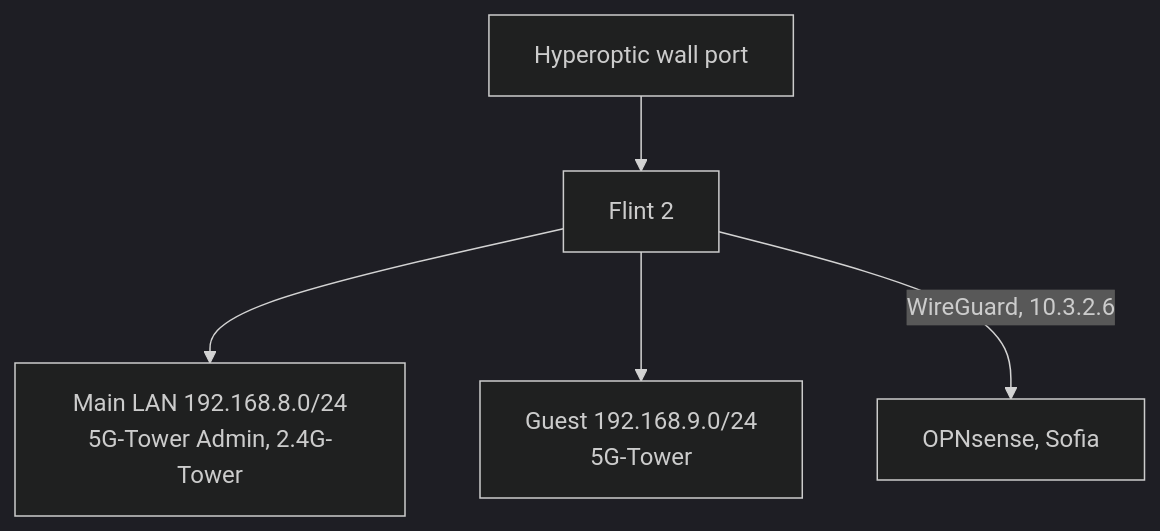
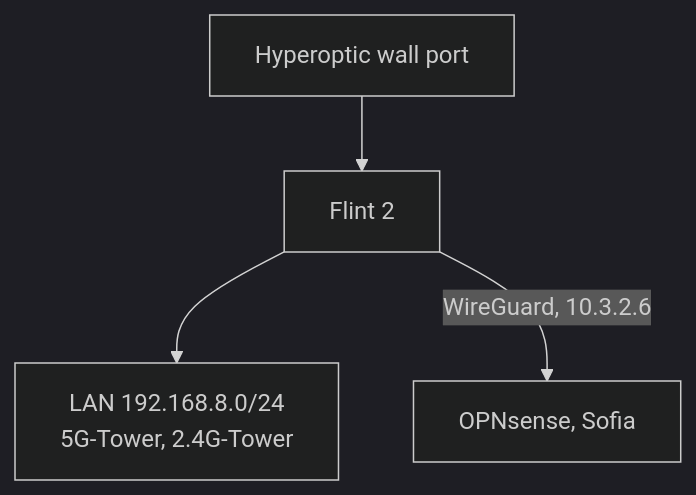
Before and after one commit to ViktorBarzin/infra: the first of 2 diagrams in docs/architecture/london-site.md, drawn with Mermaid (dark theme). The commit also changed other lines of this file and 5 other files, not shown here.

First line of the commit message:
London: one Wi-Fi network; guest and admin SSIDs merged

````diff
--- a/docs/architecture/london-site.md
+++ b/docs/architecture/london-site.md
@@ -14,7 +15,6 @@
 ```mermaid
 flowchart TD
   isp[Hyperoptic wall port] --> flint[Flint 2]
-  flint --> lan["Main LAN 192.168.8.0/24<br/>5G-Tower Admin, 2.4G-Tower"]
-  flint --> guest["Guest 192.168.9.0/24<br/>5G-Tower"]
+  flint --> lan["LAN 192.168.8.0/24<br/>5G-Tower, 2.4G-Tower"]
   flint -->|"WireGuard, 10.3.2.6"| pf[OPNsense, Sofia]
 ```
````
